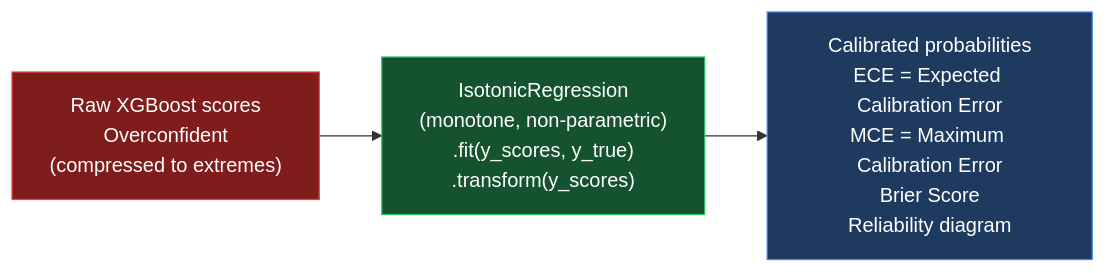
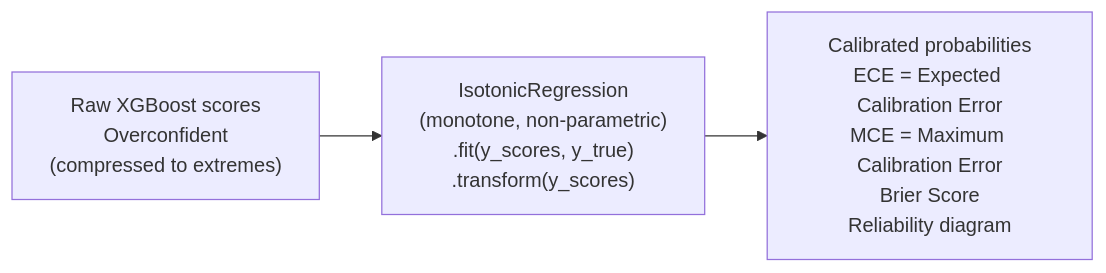
Before and after one commit to gregorizeidler/AML-multiverse-simulator: diagram 14 of 23 in README.md, drawn with Mermaid. The commit also changed other lines of this file, not shown here.

Commit message:
fix: remove all custom mermaid style directives incompatible with GitHub renderer

````diff
--- a/README.md
+++ b/README.md
@@ -1084,10 +1018,7 @@
 ```mermaid
 flowchart LR
-    style R fill:#7f1d1d,stroke:#ef4444,color:#fff
-    style I fill:#14532d,stroke:#22c55e,color:#fff
-    style M fill:#1e3a5f,stroke:#3b82f6,color:#fff
 
     R["Raw XGBoost scores\nOverconfident\n(compressed to extremes)"] --> I
     I["IsotonicRegression\n(monotone, non-parametric)\n.fit(y_scores, y_true)\n.transform(y_scores)"] --> M
     M["Calibrated probabilities\nECE = Expected Calibration Error\nMCE = Maximum Calibration Error\nBrier Score\nReliability diagram"]
 ```
````
